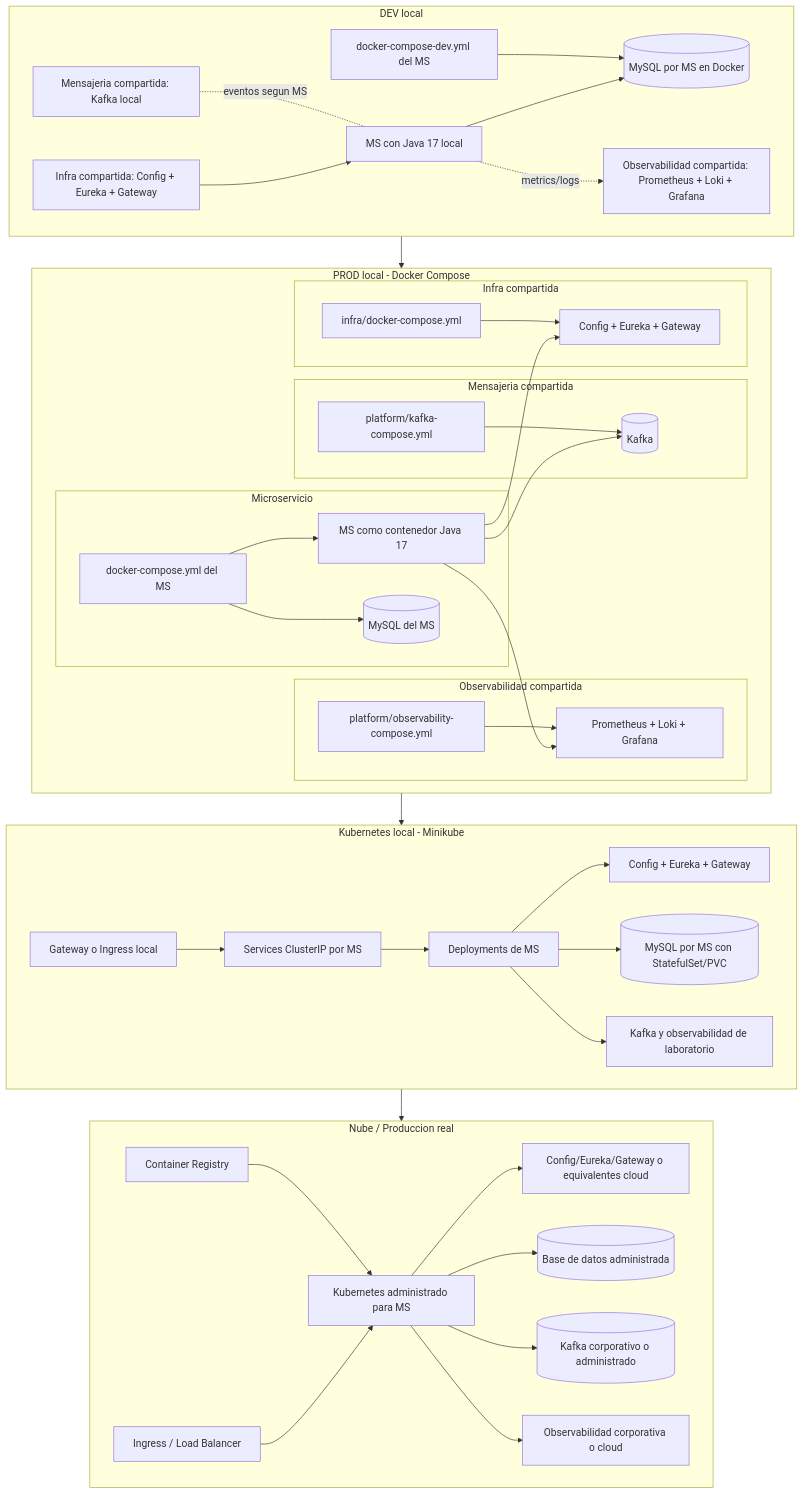
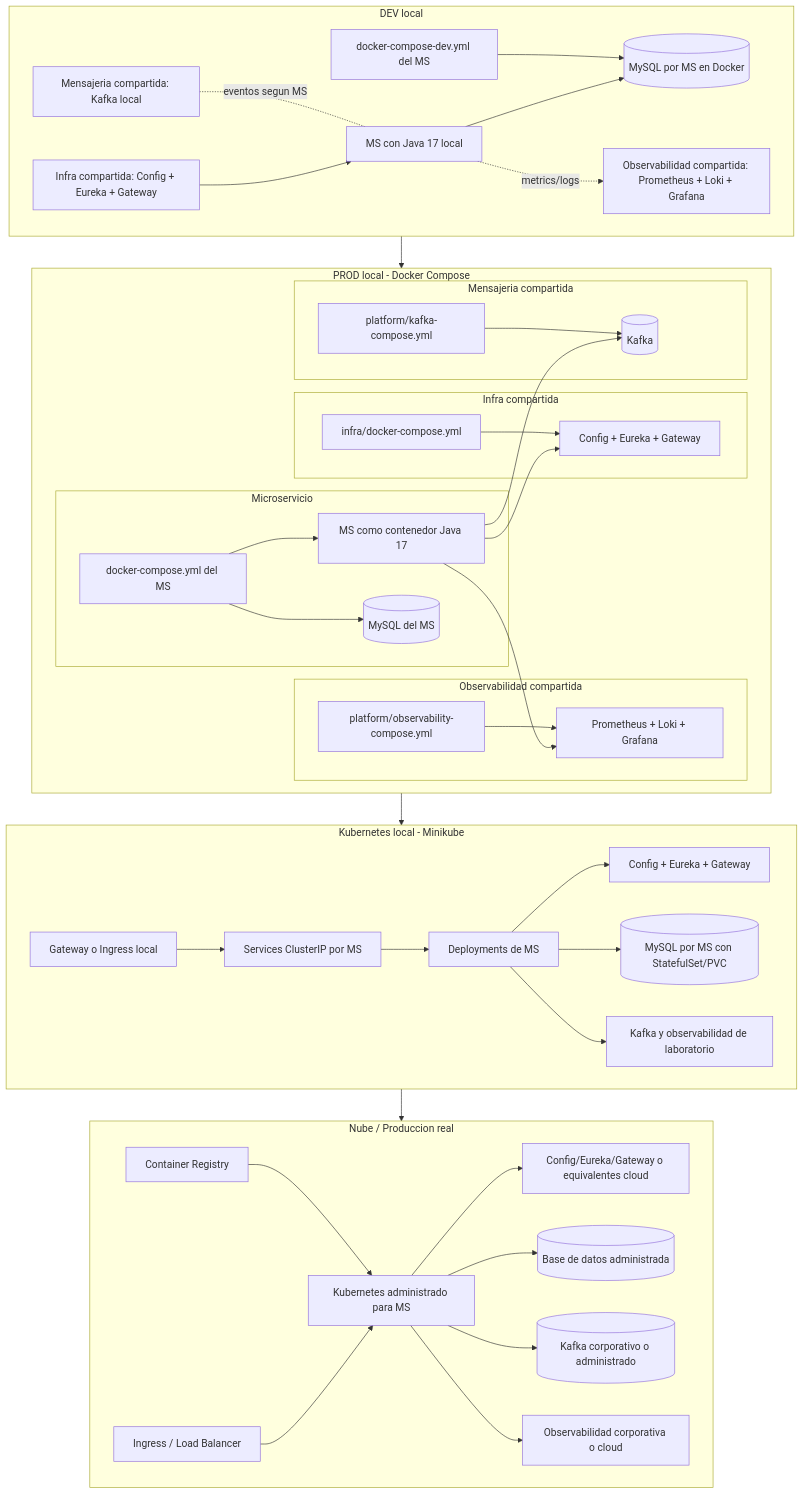
One commit to 262dist/pagatu changed the tenth of 10 diagrams in README.md. Above: the diagram before and after it, drawn with Mermaid. The commit also changed other lines of this file, not shown here.

````diff
--- a/README.md
+++ b/README.md
@@ -545,81 +545,81 @@
 ```mermaid
 flowchart TB
     subgraph dev[DEV local]
         devmessaging[Mensajeria compartida: Kafka local]
         devshared[Infra compartida: Config + Eureka + Gateway]
         devmscompose[docker-compose-dev.yml del MS]
+        devjava[MS con Java 17 local]
         devmysql[(MySQL por MS en Docker)]
-        devjava[MS con Java 17 local]
         devobs[Observabilidad compartida: Prometheus + Loki + Grafana]
 
         devmessaging -. eventos segun MS .- devjava
+        devmscompose --> devmysql
         devshared --> devjava
-        devmscompose --> devmysql
         devjava --> devmysql
         devjava -. metrics/logs .-> devobs
     end
 
     subgraph compose[PROD local - Docker Compose]
+        subgraph messagingBox[Mensajeria compartida]
+            kafkacompose[platform/kafka-compose.yml]
+            composekafka[(Kafka)]
+            kafkacompose --> composekafka
+        end
+
         subgraph composeinfraBox[Infra compartida]
             infracompose[infra/docker-compose.yml]
             composeinfra[Config + Eureka + Gateway]
             infracompose --> composeinfra
-        end
-
-        subgraph messagingBox[Mensajeria compartida]
-            kafkacompose[platform/kafka-compose.yml]
-            composekafka[(Kafka)]
-            kafkacompose --> composekafka
         end
 
         subgraph observabilityBox[Observabilidad compartida]
             obscompose[platform/observability-compose.yml]
             obsstack[Prometheus + Loki + Grafana]
             obscompose --> obsstack
         end
 
         subgraph composemsBox[Microservicio]
             mscompose[docker-compose.yml del MS]
             composems[MS como contenedor Java 17]
             composedb[(MySQL del MS)]
             mscompose --> composems
             mscompose --> composedb
         end
 
         composems --> composeinfra
         composems --> composekafka
         composems --> obsstack
     end
 
     subgraph k8slocal[Kubernetes local - Minikube]
         k8sinfra[Config + Eureka + Gateway]
         k8sdeploy[Deployments de MS]
         k8ssvc[Services ClusterIP por MS]
         k8sdb[(MySQL por MS con StatefulSet/PVC)]
         k8splatform[Kafka y observabilidad de laboratorio]
         k8sing[Gateway o Ingress local]
         k8sing --> k8ssvc
         k8ssvc --> k8sdeploy
         k8sdeploy --> k8sinfra
         k8sdeploy --> k8sdb
         k8sdeploy --> k8splatform
     end
 
     subgraph cloud[Nube / Produccion real]
         cloudk8s[Kubernetes administrado para MS]
         registry[Container Registry]
         manageddb[(Base de datos administrada)]
         managedkafka[(Kafka corporativo o administrado)]
         managedobs[Observabilidad corporativa o cloud]
         cloudinfra[Config/Eureka/Gateway o equivalentes cloud]
         ingress[Ingress / Load Balancer]
         registry --> cloudk8s
         ingress --> cloudk8s
         cloudk8s --> cloudinfra
         cloudk8s --> manageddb
         cloudk8s --> managedkafka
         cloudk8s --> managedobs
     end
 
     dev --> compose --> k8slocal --> cloud
 ```
````
